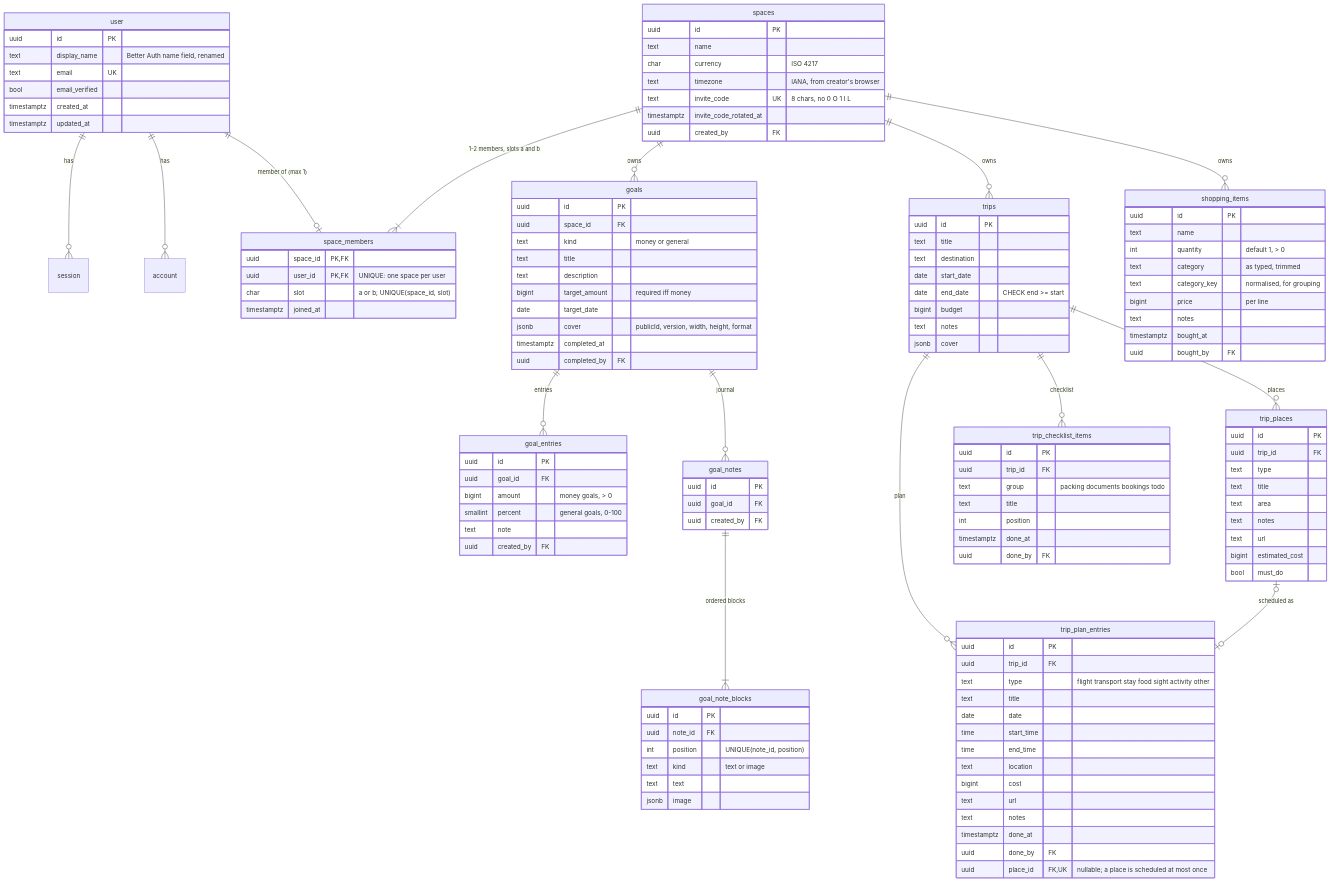
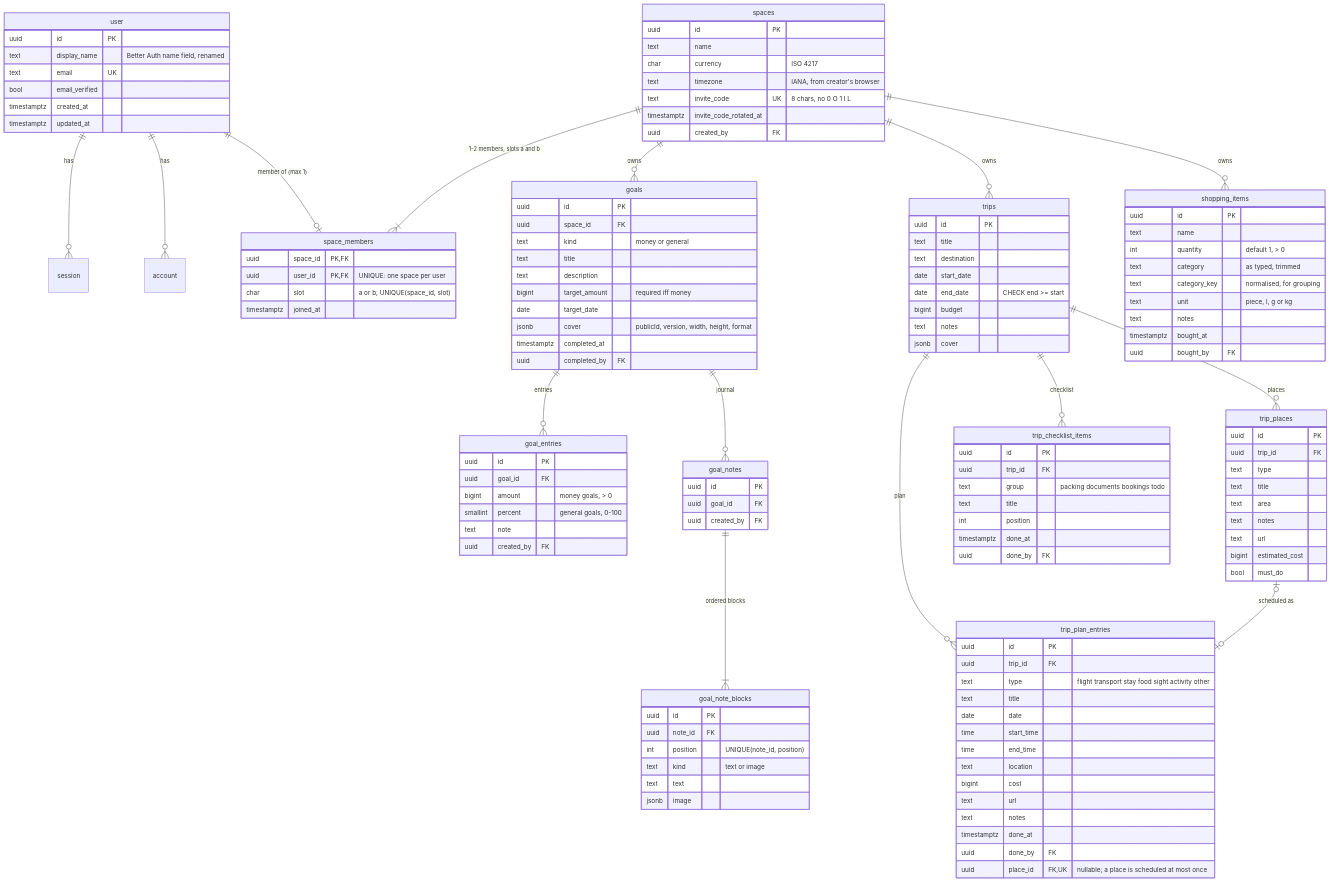
One commit to bouhvli/zamane-pro changed the third of 5 diagrams in ARCHITECTURE.md. Above: the diagram before and after it, drawn with Mermaid. The commit also changed other lines of this file and 108 other files, not shown here.

```diff
--- a/ARCHITECTURE.md
+++ b/ARCHITECTURE.md
@@ -227,7 +227,7 @@
     int quantity "default 1, > 0"
     text category "as typed, trimmed"
     text category_key "normalised, for grouping"
-    bigint price "per line"
+    text unit "piece, l, g or kg"
     text notes
     timestamptz bought_at
     uuid bought_by FK
```
